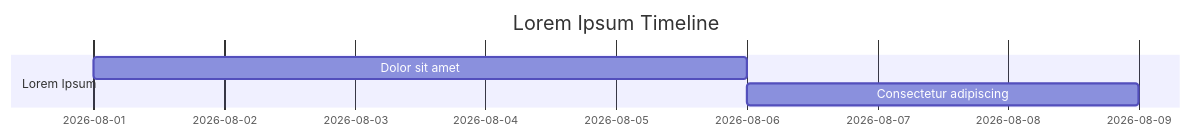
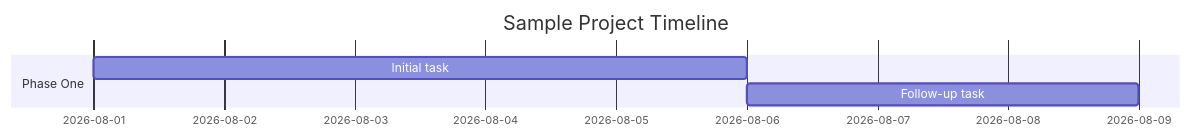
One commit to ShyAssassin/assassin.dev changed the fifth of 6 diagrams in src/lib/posts/000-markdown-test/index.md. Above: the diagram before and after it, drawn with Mermaid. The commit also changed other lines of this file, not shown here.

````diff
--- a/src/lib/posts/000-markdown-test/index.md
+++ b/src/lib/posts/000-markdown-test/index.md
@@ -123,8 +170,8 @@
 ```mermaid
 gantt
-    title Lorem Ipsum Timeline
+    title Sample Project Timeline
     dateFormat  YYYY-MM-DD
-    section Lorem Ipsum
-    Dolor sit amet :a1, 2026-08-01, 5d
-    Consectetur adipiscing :after a1, 3d
+    section Phase One
+    Initial task :a1, 2026-08-01, 5d
+    Follow-up task :after a1, 3d
 ```
````
